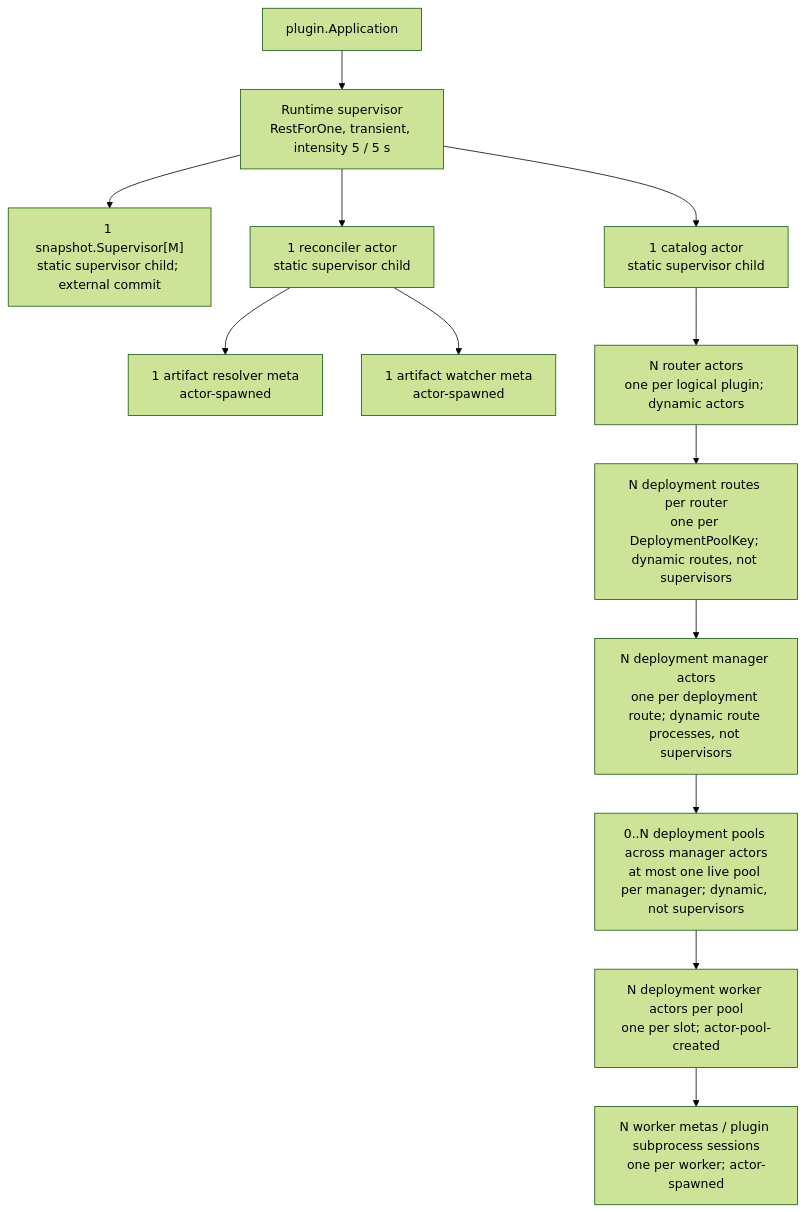
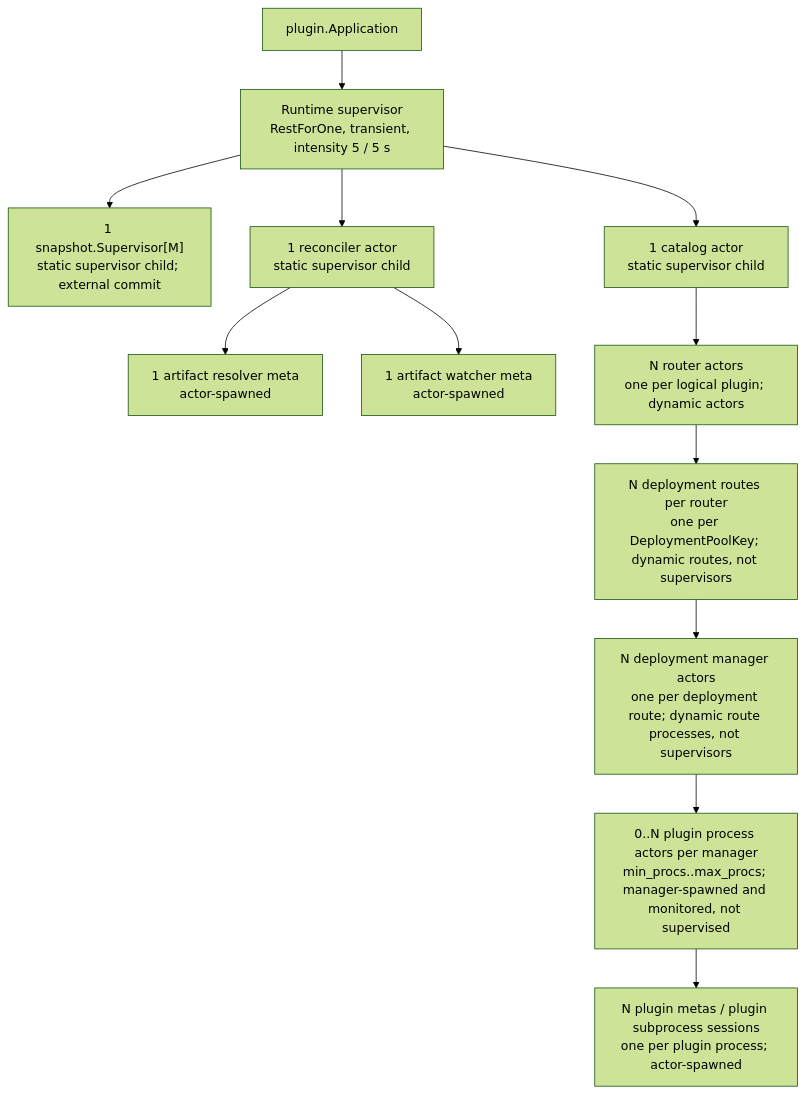
One commit to HarishHary/blink changed the first of 14 diagrams in docs/internals/plugin-runtime.md. Above: the diagram before and after it, drawn with Mermaid (forest theme). The commit also changed other lines of this file and 2 other files, not shown here.

````diff
--- a/docs/internals/plugin-runtime.md
+++ b/docs/internals/plugin-runtime.md
@@ -7,23 +9,22 @@
 ```mermaid
 flowchart TB
   app["plugin.Application"]
   supervisor["Runtime supervisor\nRestForOne, transient, intensity 5 / 5 s"]
   snapshot["1 snapshot.Supervisor[M]\nstatic supervisor child; external commit"]
   reconciler["1 reconciler actor\nstatic supervisor child"]
   resolver["1 artifact resolver meta\nactor-spawned"]
   watcher["1 artifact watcher meta\nactor-spawned"]
   catalog["1 catalog actor\nstatic supervisor child"]
   routers["N router actors\none per logical plugin; dynamic actors"]
   routes["N deployment routes per router\none per DeploymentPoolKey; dynamic routes, not supervisors"]
   managers["N deployment manager actors\none per deployment route; dynamic route processes, not supervisors"]
-  pools["0..N deployment pools across manager actors\nat most one live pool per manager; dynamic, not supervisors"]
-  workers["N deployment worker actors per pool\none per slot; actor-pool-created"]
-  metas["N worker metas / plugin subprocess sessions\none per worker; actor-spawned"]
+  procs["0..N plugin process actors per manager\nmin_procs..max_procs; manager-spawned and monitored, not supervised"]
+  metas["N plugin metas / plugin subprocess sessions\none per plugin process; actor-spawned"]
   app --> supervisor
   supervisor --> snapshot
   supervisor --> reconciler
   supervisor --> catalog
   reconciler --> resolver
   reconciler --> watcher
-  catalog --> routers --> routes --> managers --> pools --> workers --> metas
+  catalog --> routers --> routes --> managers --> procs --> metas
 ```
````
